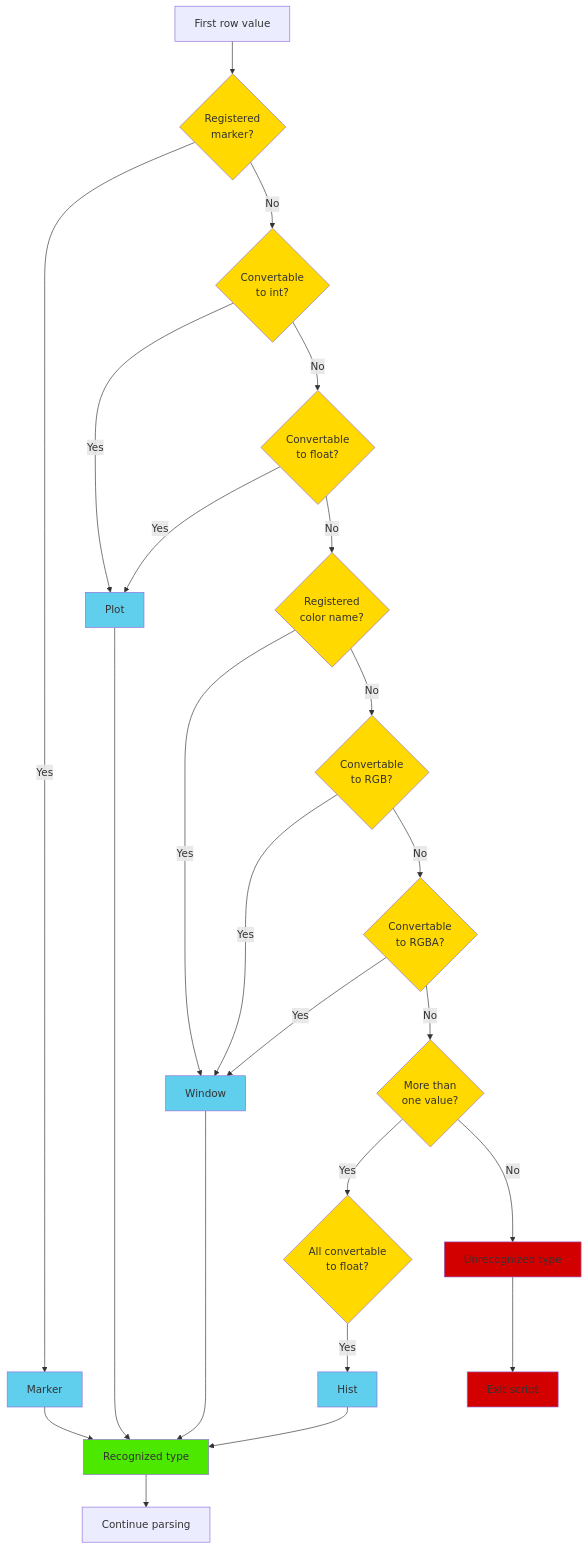
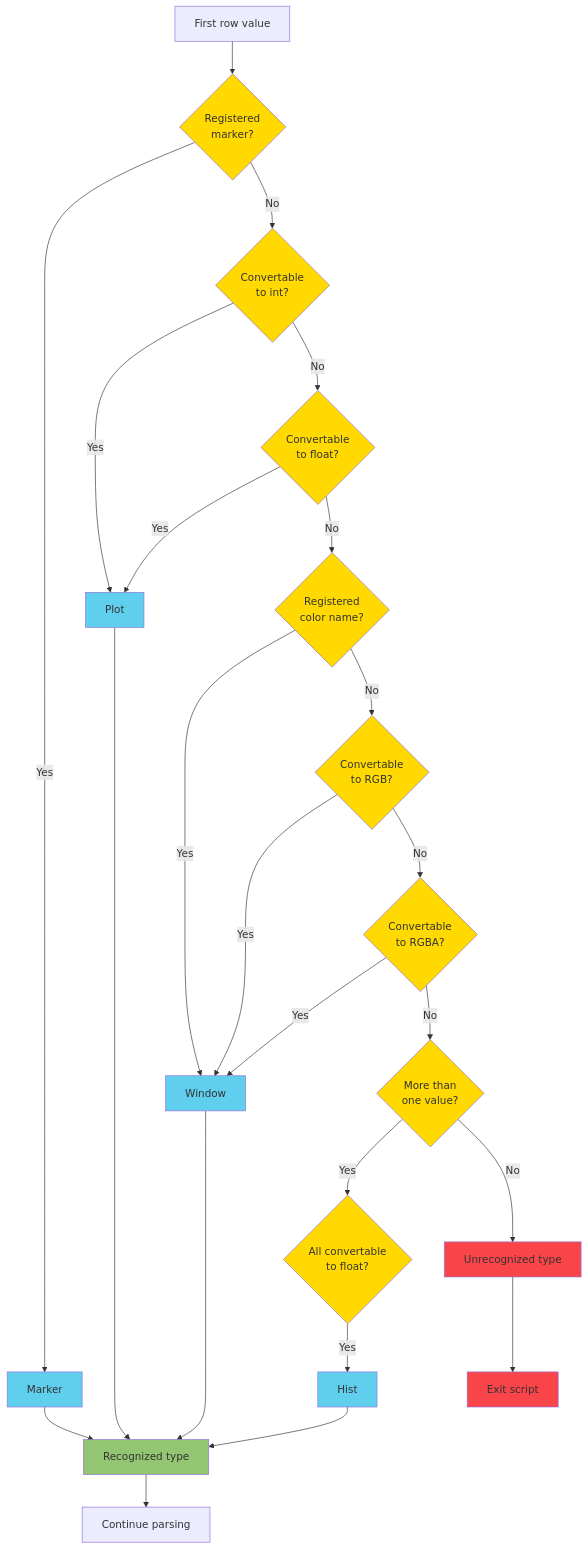
The second of 2 diagrams in documentation/tracks/track_format.md (mahajrod/MCTool), drawn with Mermaid before and after one commit. The commit also changed other lines of this file, not shown here.

Commit message:
added cutting of a sheetname (due to Excel limit of 31 chars) to draw_macrosynteny.py

````diff
--- a/documentation/tracks/track_format.md
+++ b/documentation/tracks/track_format.md
@@ -93,32 +93,32 @@
 ```mermaid
 
 flowchart TD
     Input[First row value] --> MarkerTest{Registered\n marker?}:::BranchingType
     MarkerTest -->|Yes| Marker[Marker]:::ResultType
     Marker --> Result[Recognized type]:::SucessType
     MarkerTest -->|No| PlotTest1{Convertable\n to int?}:::BranchingType
     PlotTest1 -->|Yes| Plot[Plot]:::ResultType
     Plot --> Result
     PlotTest1 -->|No| PlotTest2{Convertable\n to float?}:::BranchingType
     PlotTest2 -->|Yes| Plot[Plot]
     PlotTest2 -->|No| WindowTest1{Registered\n color name?}:::BranchingType
     WindowTest1 -->|Yes| Window[Window]:::ResultType
     Window --> Result
     WindowTest1 -->|No| WindowTest2{Convertable\n  to RGB?}:::BranchingType
     WindowTest2 -->|Yes| Window
     WindowTest2-->|No| WindowTest3{Convertable\n to RGBA?}:::BranchingType
     WindowTest3 -->|Yes| Window
     WindowTest3 -->|No| HistTest1{More than\n one value?}:::BranchingType
     HistTest1 --> |Yes| HistTest2{All convertable\n to float?}:::BranchingType
     HistTest2 --> |Yes| Hist[Hist]:::ResultType
     HistTest1 -->|No| Error[Unrecognized type]:::FailType
     Hist --> Result
 
     Result --> I[Continue parsing]
     Error --> Z[Exit script]:::FailType
     
-    classDef SucessType fill:#4De800,font-color:black
-    classDef FailType fill:#D30000,font-color:black
+    classDef SucessType fill:#93C572,font-color:black
+    classDef FailType fill:#F94449,font-color:black
     classDef ResultType fill:#60CEED,font-color:black
     classDef BranchingType fill:#FFD900,font-color:black
 ```
````
